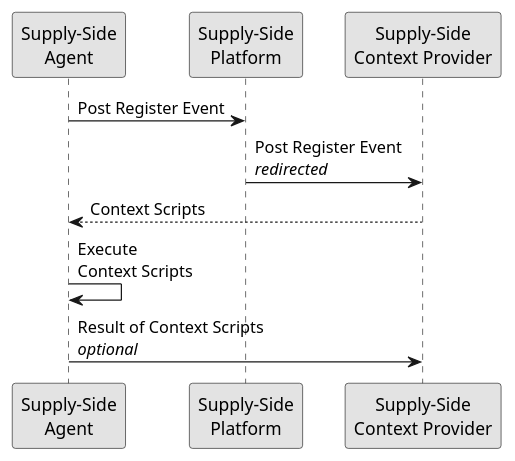
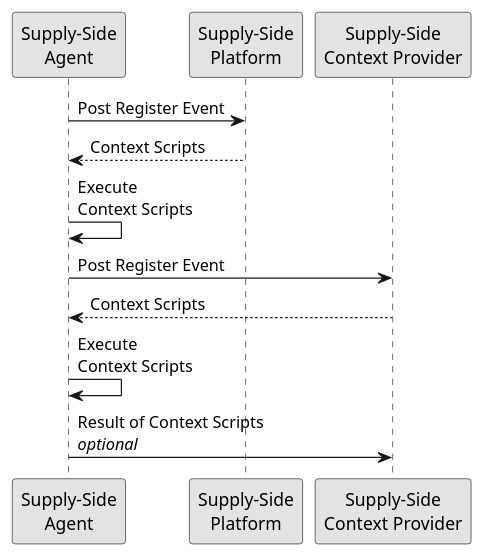
The diagram in protocol/impressions/user_navigates.rst (adshares/adshares-docs), drawn with PlantUML before and after one commit. The commit also changed other lines of this file and 6 other files, not shown here.

```diff
--- a/protocol/impressions/user_navigates.rst
+++ b/protocol/impressions/user_navigates.rst
@@ -7,14 +7,16 @@
 .. uml::
     :align: center
 
     skinparam monochrome true
 
     participant "Supply-Side\nAgent"                as SSA
     participant "Supply-Side\nPlatform"             as SSP
     participant "Supply-Side\nContext Provider"     as SSCP
 
     SSA ->      SSP     : Post Register Event
-    SSP ->      SSCP    : Post Register Event\n//redirected//
-    SSCP -->    SSA     : Context Scripts
+    SSP -->     SSA     : Context Scripts
+    SSA ->      SSA     : Execute\nContext Scripts
+    SSA ->      SSCP    : Post Register Event
+    SSCP -->     SSA    : Context Scripts
     SSA ->      SSA     : Execute\nContext Scripts
     SSA ->      SSCP    : Result of Context Scripts\n//optional//
```
